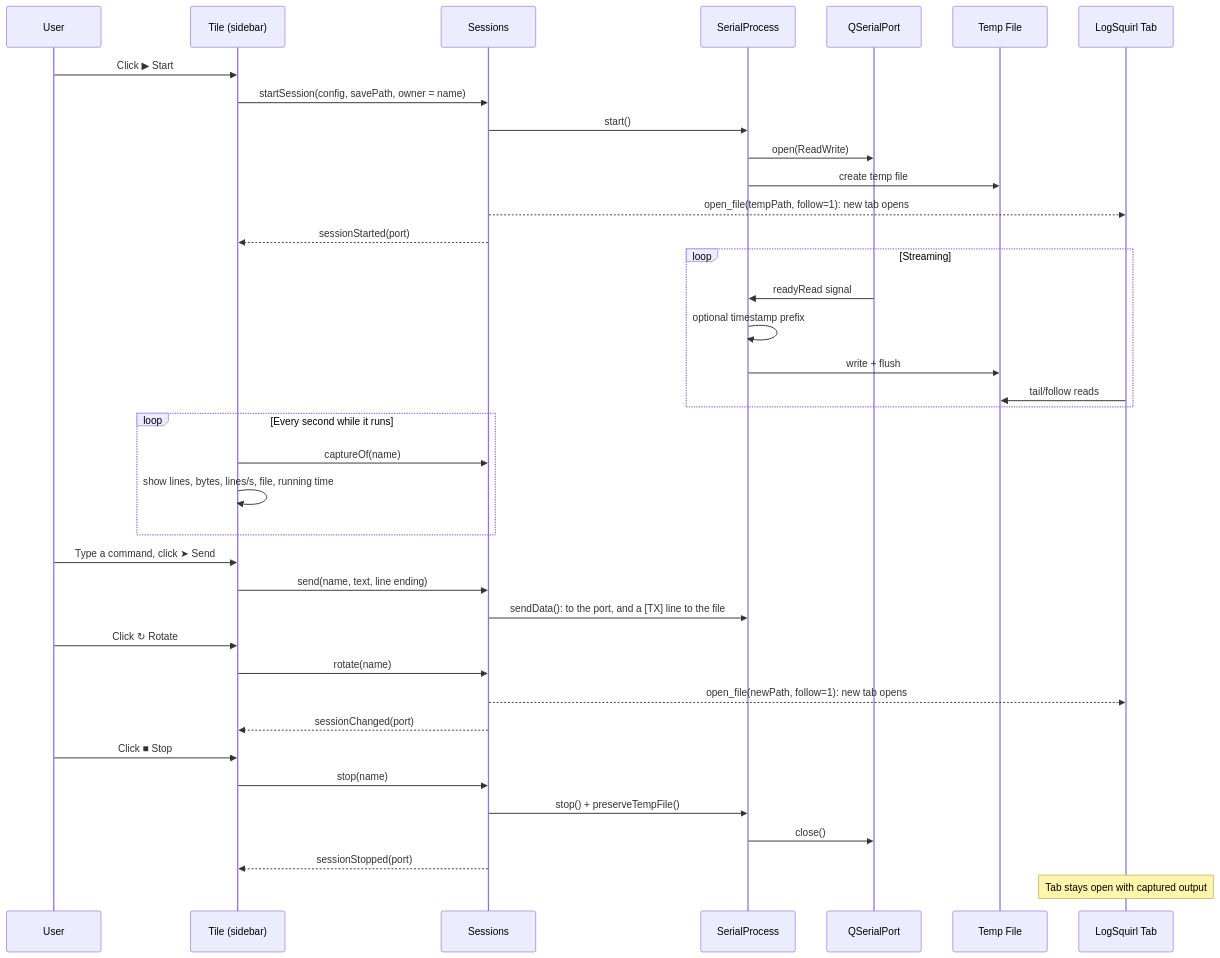
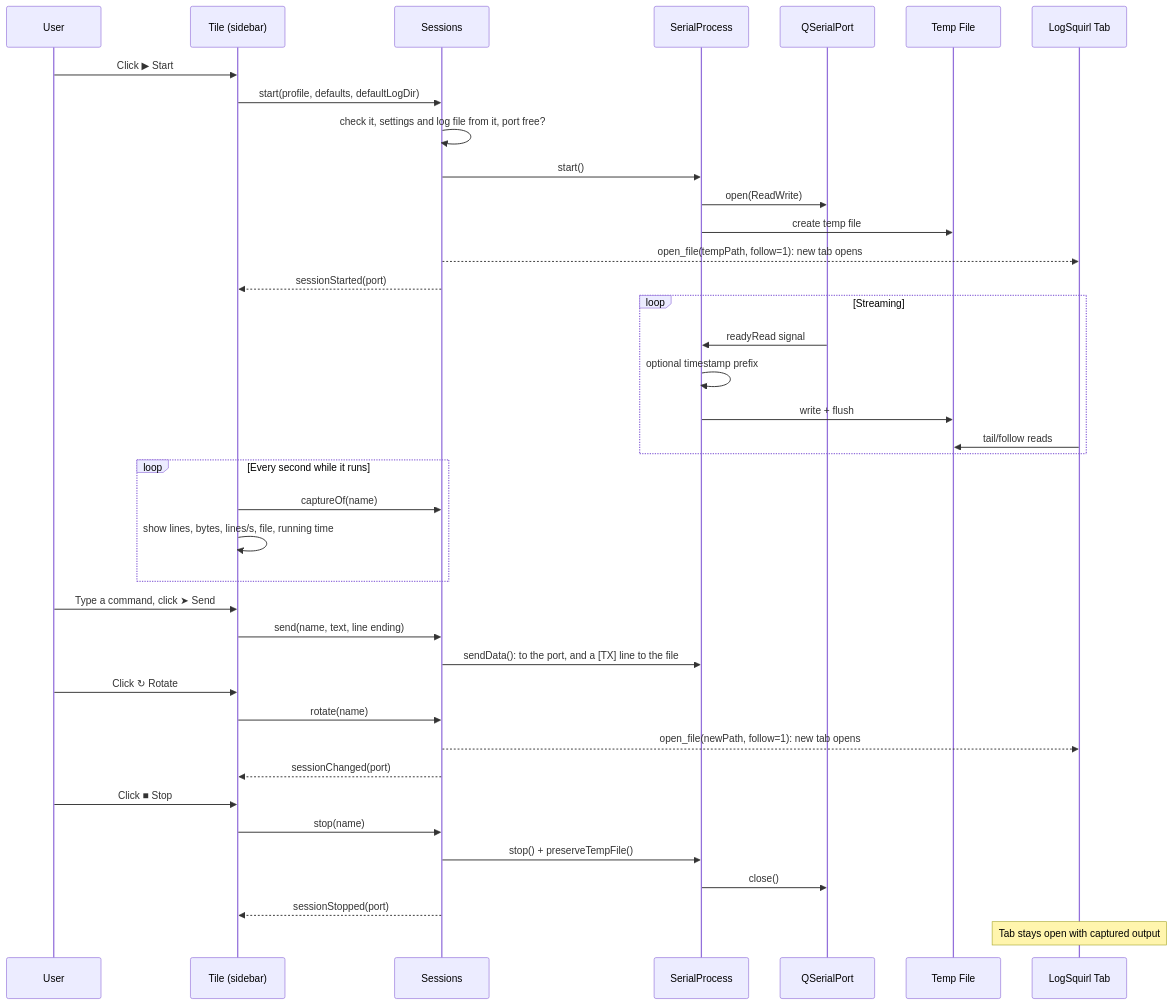
Before and after one commit to 64x-lunicorn/LogSquirl-Serial: the second of 3 diagrams in README.md, drawn with Mermaid. The commit also changed other lines of this file and 12 other files, not shown here.

First line of the commit message:
Start a capture from a profile in one call (#61)

````diff
--- a/README.md
+++ b/README.md
@@ -285,41 +288,42 @@
 ```mermaid
 sequenceDiagram
     participant User
     participant SW as Tile (sidebar)
     participant S as Sessions
     participant SP as SerialProcess
     participant Port as QSerialPort
     participant TF as Temp File
     participant LS as LogSquirl Tab
 
     User->>SW: Click ▶ Start
-    SW->>S: startSession(config, savePath, owner = name)
+    SW->>S: start(profile, defaults, defaultLogDir)
+    S->>S: check it, settings and log file from it, port free?
     S->>SP: start()
     SP->>Port: open(ReadWrite)
     SP->>TF: create temp file
     S-->>LS: open_file(tempPath, follow=1): new tab opens
     S-->>SW: sessionStarted(port)
     loop Streaming
         Port->>SP: readyRead signal
         SP->>SP: optional timestamp prefix
         SP->>TF: write + flush
         LS->>TF: tail/follow reads
     end
     loop Every second while it runs
         SW->>S: captureOf(name)
         SW->>SW: show lines, bytes, lines/s, file, running time
     end
     User->>SW: Type a command, click ➤ Send
     SW->>S: send(name, text, line ending)
     S->>SP: sendData(): to the port, and a [TX] line to the file
     User->>SW: Click ↻ Rotate
     SW->>S: rotate(name)
     S-->>LS: open_file(newPath, follow=1): new tab opens
     S-->>SW: sessionChanged(port)
     User->>SW: Click ■ Stop
     SW->>S: stop(name)
     S->>SP: stop() + preserveTempFile()
     SP->>Port: close()
     S-->>SW: sessionStopped(port)
     Note over LS: Tab stays open with captured output
 ```
````
